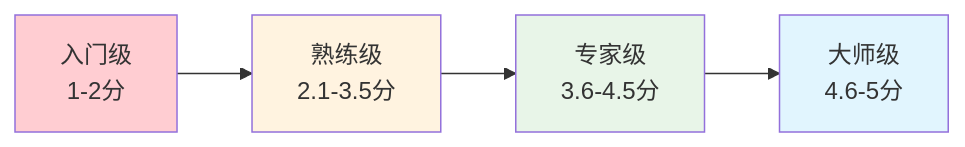
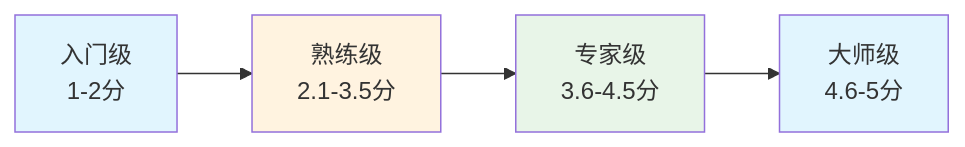
Before and after one commit to Coldplay-now/ai-ide-guide-core: the second of 4 diagrams in docs/chapters/12-team-training-capability-building.md, drawn with Mermaid. The commit also changed other lines of this file and 148 other files, not shown here.

````diff
--- a/docs/chapters/12-team-training-capability-building.md
+++ b/docs/chapters/12-team-training-capability-building.md
@@ -149,12 +169,10 @@
 ```mermaid
 graph LR
     A[入门级<br/>1-2分] --> B[熟练级<br/>2.1-3.5分]
     B --> C[专家级<br/>3.6-4.5分]
     C --> D[大师级<br/>4.6-5分]
-    
-    style A fill:#ffcdd2
+    style A fill:#e1f5fe
     style B fill:#fff3e0
     style C fill:#e8f5e8
     style D fill:#e1f5fe
-
 ```
````
